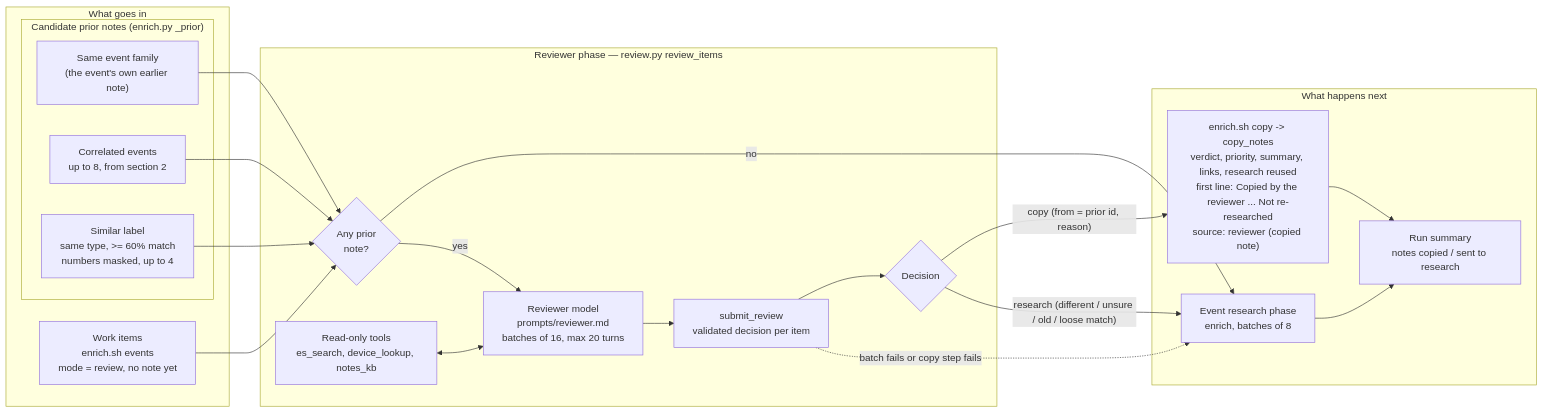
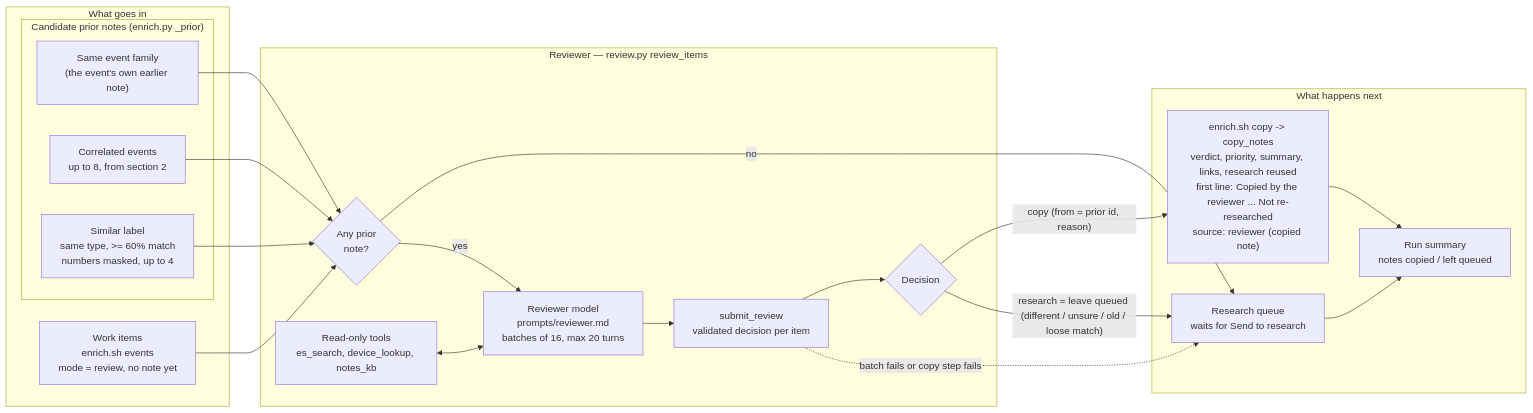
Before and after one commit to hermeslohin/netmon: the second of 2 diagrams in docs/CORRELATION.md, drawn with Mermaid. The commit also changed other lines of this file and 15 other files, not shown here.

First line of the commit message:
Docs/UI/diagrams: drop triage and scheduled research; review job = collect+analyze+reviewer; research on request only

````diff
--- a/docs/CORRELATION.md
+++ b/docs/CORRELATION.md
@@ -285,40 +275,40 @@
 ```mermaid
 flowchart LR
     subgraph IN["What goes in"]
         WORK["Work items\nenrich.sh events\nmode = review, no note yet"]
         subgraph PRIORS["Candidate prior notes (enrich.py _prior)"]
             P1["Same event family\n(the event's own earlier note)"]
             P2["Correlated events\nup to 8, from section 2"]
             P3["Similar label\nsame type, >= 60% match\nnumbers masked, up to 4"]
         end
     end
 
-    subgraph REV["Reviewer phase — review.py review_items"]
+    subgraph REV["Reviewer — review.py review_items"]
         NP{"Any prior\nnote?"}
         RM["Reviewer model\nprompts/reviewer.md\nbatches of 16, max 20 turns"]
         TOOLS["Read-only tools\nes_search, device_lookup, notes_kb"]
         SUB["submit_review\nvalidated decision per item"]
         DEC{"Decision"}
     end
 
     subgraph OUT["What happens next"]
         CP["enrich.sh copy -> copy_notes\nverdict, priority, summary, links, research reused\nfirst line: Copied by the reviewer ... Not re-researched\nsource: reviewer (copied note)"]
-        RS["Event research phase\nenrich, batches of 8"]
-        STAT["Run summary\nnotes copied / sent to research"]
+        RS["Research queue\nwaits for Send to research"]
+        STAT["Run summary\nnotes copied / left queued"]
     end
 
     WORK --> NP
     P1 --> NP
     P2 --> NP
     P3 --> NP
     NP -- "no" --> RS
     NP -- "yes" --> RM
     TOOLS <--> RM
     RM --> SUB
     SUB --> DEC
     DEC -- "copy (from = prior id, reason)" --> CP
-    DEC -- "research (different / unsure / old / loose match)" --> RS
+    DEC -- "research = leave queued (different / unsure / old / loose match)" --> RS
     SUB -. "batch fails or copy step fails" .-> RS
     CP --> STAT
     RS --> STAT
 ```
````
